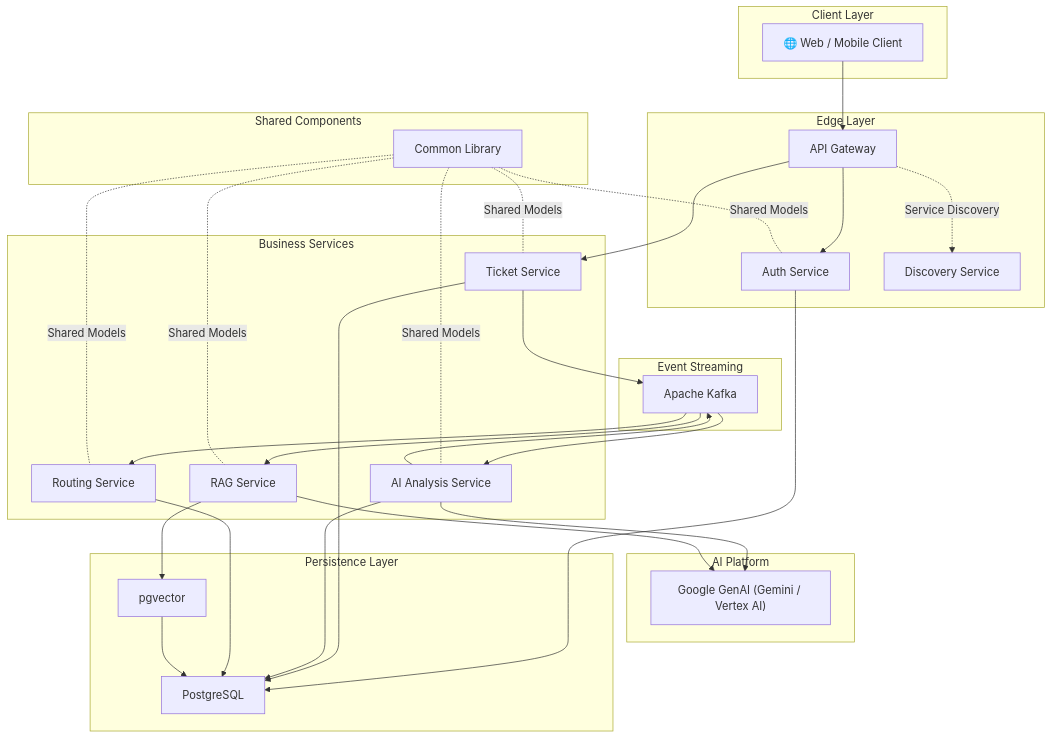
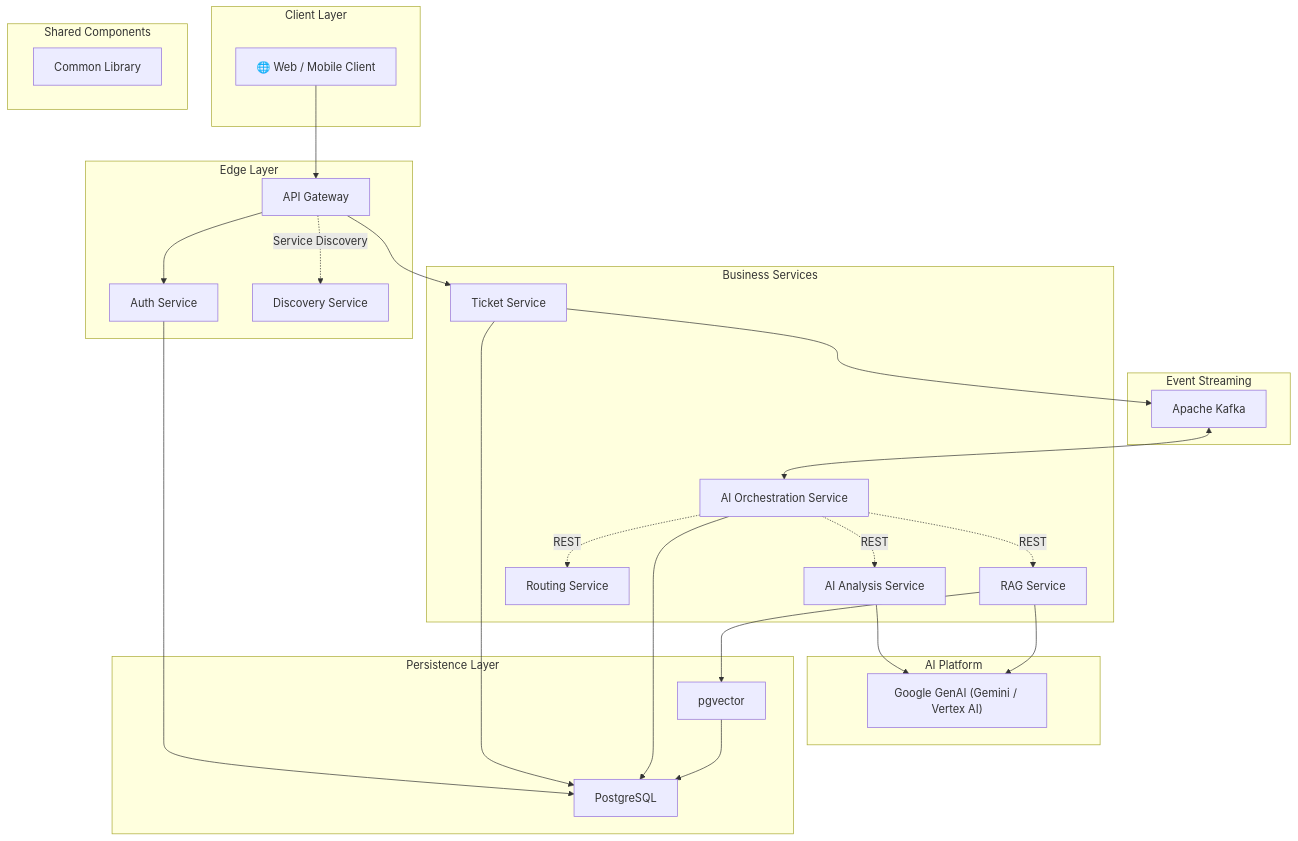
One commit to avisheksingha/ai-support-system changed the diagram in ARCHITECTURE.md. Above: the diagram before and after it, drawn with Mermaid. The commit also changed other lines of this file and 370 other files, not shown here.

````diff
--- a/ARCHITECTURE.md
+++ b/ARCHITECTURE.md
@@ -26,6 +26,7 @@
 %% ==========================
 subgraph BUSINESS["Business Services"]
     TICKET["Ticket Service"]
+    ORCH["AI Orchestration Service"]
     ANALYSIS["AI Analysis Service"]
     ROUTING["Routing Service"]
     RAG["RAG Service"]
@@ -74,24 +75,21 @@
 TICKET --> POSTGRES
 TICKET --> KAFKA
 
-KAFKA --> ANALYSIS
+KAFKA <--> ORCH
+
+ORCH -.REST.-> ANALYSIS
+ORCH -.REST.-> ROUTING
+ORCH -.REST.-> RAG
+
+ORCH --> POSTGRES
+
 ANALYSIS --> GEMINI
-ANALYSIS --> POSTGRES
-ANALYSIS --> KAFKA
-
-KAFKA --> ROUTING
-ROUTING --> POSTGRES
-
-KAFKA --> RAG
 RAG --> GEMINI
 RAG --> PGVECTOR
 PGVECTOR --> POSTGRES
 
 GW -. Service Discovery .-> DISC
 
-COMMON -. Shared Models .- AUTH
-COMMON -. Shared Models .- TICKET
-COMMON -. Shared Models .- ANALYSIS
-COMMON -. Shared Models .- ROUTING
-COMMON -. Shared Models .- RAG
+%% Note: Common Library provides Shared Models to all Business and Edge services.
+%% Explicit lines are omitted to keep the diagram clean.
 ```
````
